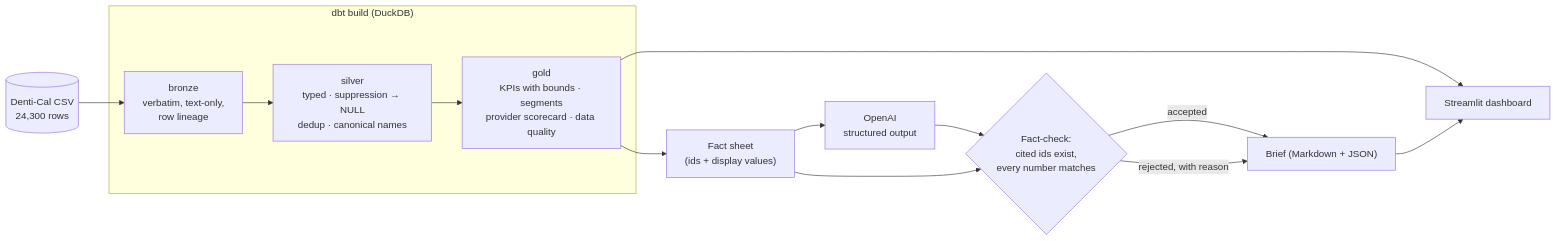
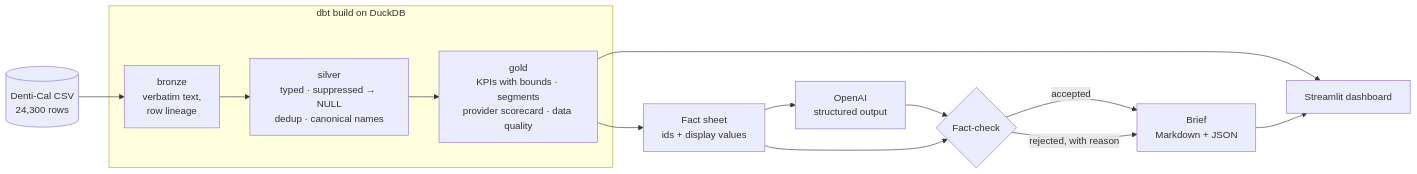
One commit to gcfialho/dental-analytics-medallion changed the diagram in README.md. Above: the diagram before and after it, drawn with Mermaid. The commit also changed other lines of this file and 1 other file, not shown here.

````diff
--- a/README.md
+++ b/README.md
@@ -29,16 +50,16 @@
 ```mermaid
 flowchart LR
     csv[("Denti-Cal CSV<br/>24,300 rows")] --> bronze
-    subgraph dbt["dbt build (DuckDB)"]
-        bronze["bronze<br/>verbatim, text-only,<br/>row lineage"] --> silver["silver<br/>typed · suppression → NULL<br/>dedup · canonical names"]
+    subgraph dbt["dbt build on DuckDB"]
+        bronze["bronze<br/>verbatim text,<br/>row lineage"] --> silver["silver<br/>typed · suppressed → NULL<br/>dedup · canonical names"]
         silver --> gold["gold<br/>KPIs with bounds · segments<br/>provider scorecard · data quality"]
     end
     gold --> dash["Streamlit dashboard"]
-    gold --> facts["Fact sheet<br/>(ids + display values)"]
+    gold --> facts["Fact sheet<br/>ids + display values"]
     facts --> llm["OpenAI<br/>structured output"]
-    llm --> check{"Fact-check:<br/>cited ids exist,<br/>every number matches"}
+    llm --> check{"Fact-check"}
     facts --> check
-    check -->|accepted| brief["Brief (Markdown + JSON)"]
+    check -->|accepted| brief["Brief<br/>Markdown + JSON"]
     check -->|rejected, with reason| brief
     brief --> dash
 ```
````
